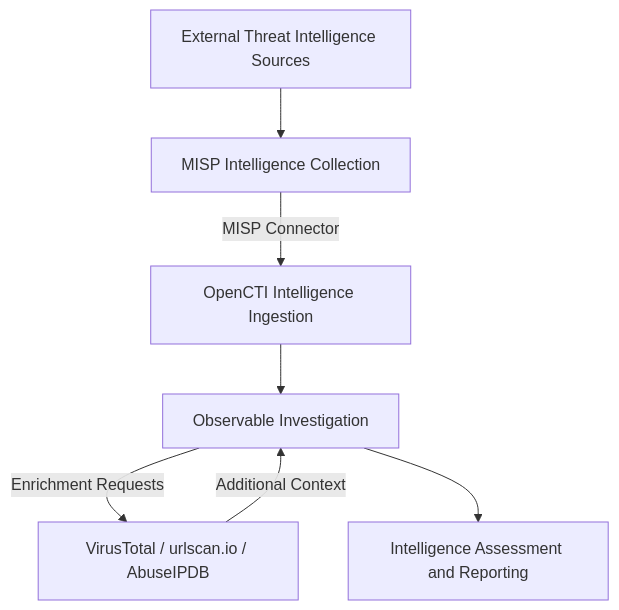
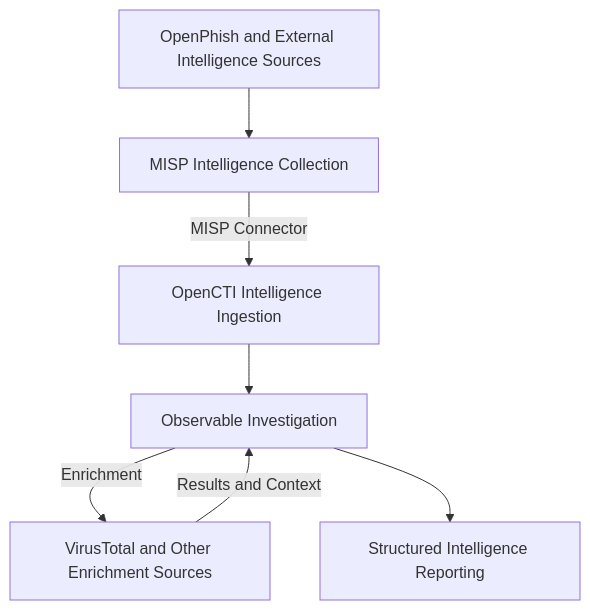
One commit to niccosabella/opencti-misp-threat-intelligence-lab changed the diagram in screenshots/README.md. Above: the diagram before and after it, drawn with Mermaid. The commit also changed other lines of this file, not shown here.

````diff
--- a/screenshots/README.md
+++ b/screenshots/README.md
@@ -180,16 +171,16 @@
 ```mermaid
 flowchart TD
-    A["External Threat Intelligence Sources"]
+    A["OpenPhish and External Intelligence Sources"]
     B["MISP Intelligence Collection"]
     C["OpenCTI Intelligence Ingestion"]
     D["Observable Investigation"]
-    E["VirusTotal / urlscan.io / AbuseIPDB"]
-    F["Intelligence Assessment and Reporting"]
+    E["VirusTotal and Other Enrichment Sources"]
+    F["Structured Intelligence Reporting"]
 
     A --> B
     B -->|"MISP Connector"| C
     C --> D
-    D -->|"Enrichment Requests"| E
-    E -->|"Additional Context"| D
+    D -->|"Enrichment"| E
+    E -->|"Results and Context"| D
     D --> F
 ```
````
